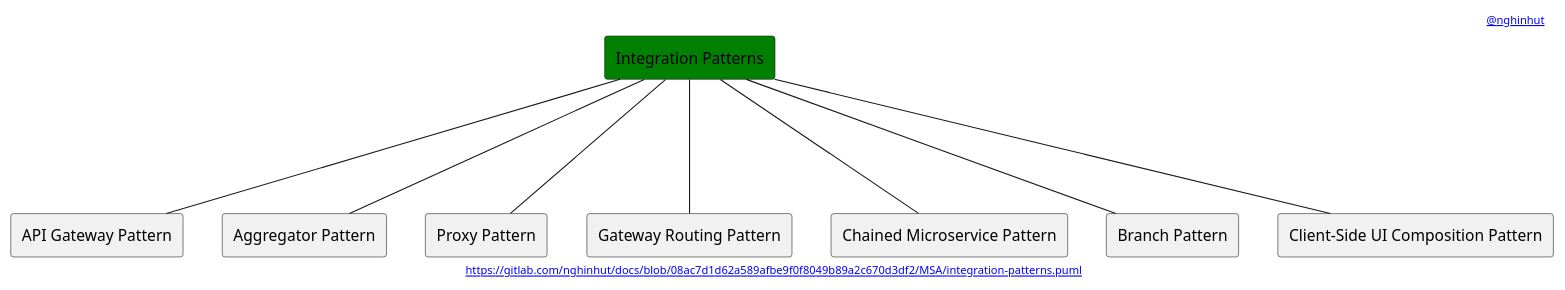
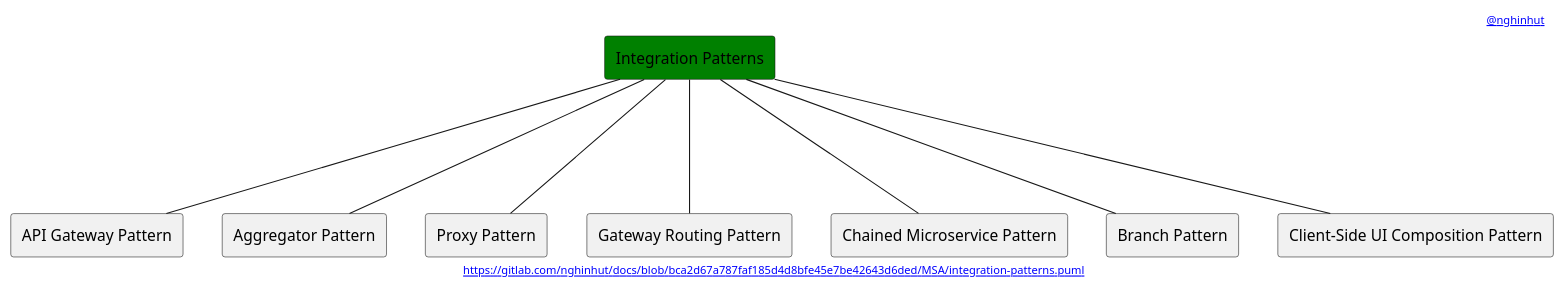
The diagram in MSA/integration-patterns.puml (nghinhut/docs), drawn with PlantUML before and after one commit. The commit also changed 24 other files, not shown here.

```diff
--- a/MSA/integration-patterns.puml
+++ b/MSA/integration-patterns.puml
@@ -1,24 +1,24 @@
 @startuml
 '-----START auto generated metadata please keep comment here to allow auto update-----
 '-----DON'T EDIT THIS SECTION, INSTEAD RE-RUN prebuild.sh TO UPDATE-----
-header [[https://www.nghinhut.dev?from=http%5C%3A%5C%2F%5C%2Fwww%5C.plantuml%5C.com%5C%2Fplantuml%5C%2Fproxy%3Ffmt%3Dsvg%5C%26src%3Dhttps%5C%3A%5C%2F%5C%2Fgitlab%5C.com%5C%2Fnghinhut%5C%2Fdocs%5C%2Fraw%5C%2F08ac7d1d62a589afbe9f0f8049b89a2c670d3df2%5C%2FMSA%5C%2Fintegration-patterns%5C.puml%0A @nghinhut]]
-footer [[http://www.plantuml.com/plantuml/proxy?fmt=svg&src=https://gitlab.com/nghinhut/docs/raw/08ac7d1d62a589afbe9f0f8049b89a2c670d3df2/MSA/integration-patterns.puml https://gitlab.com/nghinhut/docs/blob/08ac7d1d62a589afbe9f0f8049b89a2c670d3df2/MSA/integration-patterns.puml]]
+header [[https://www.nghinhut.dev?from=http%5C%3A%5C%2F%5C%2Fwww%5C.plantuml%5C.com%5C%2Fplantuml%5C%2Fproxy%3Ffmt%3Dsvg%5C%26src%3Dhttps%5C%3A%5C%2F%5C%2Fgitlab%5C.com%5C%2Fnghinhut%5C%2Fdocs%5C%2Fraw%5C%2Fbca2d67a787faf185d4d8bfe45e7be42643d6ded%5C%2FMSA%5C%2Fintegration-patterns%5C.puml%0A @nghinhut]]
+footer [[http://www.plantuml.com/plantuml/proxy?fmt=svg&src=https://gitlab.com/nghinhut/docs/raw/bca2d67a787faf185d4d8bfe45e7be42643d6ded/MSA/integration-patterns.puml https://gitlab.com/nghinhut/docs/blob/bca2d67a787faf185d4d8bfe45e7be42643d6ded/MSA/integration-patterns.puml]]
 '-----END auto generated metadata please keep comment here to allow auto update-----
 
 rectangle "Integration Patterns" as Integration #green
 
 rectangle "API Gateway Pattern" as IntegrationP1
 rectangle "Aggregator Pattern" as IntegrationP2
 rectangle "Proxy Pattern" as IntegrationP3
 rectangle "Gateway Routing Pattern" as IntegrationP4
 rectangle "Chained Microservice Pattern" as IntegrationP5
 rectangle "Branch Pattern" as IntegrationP6
 rectangle "Client-Side UI Composition Pattern" as IntegrationP7
 Integration --- IntegrationP1
 Integration --- IntegrationP2
 Integration --- IntegrationP3
 Integration --- IntegrationP4
 Integration --- IntegrationP5
 Integration --- IntegrationP6
 Integration --- IntegrationP7
 @enduml
```
